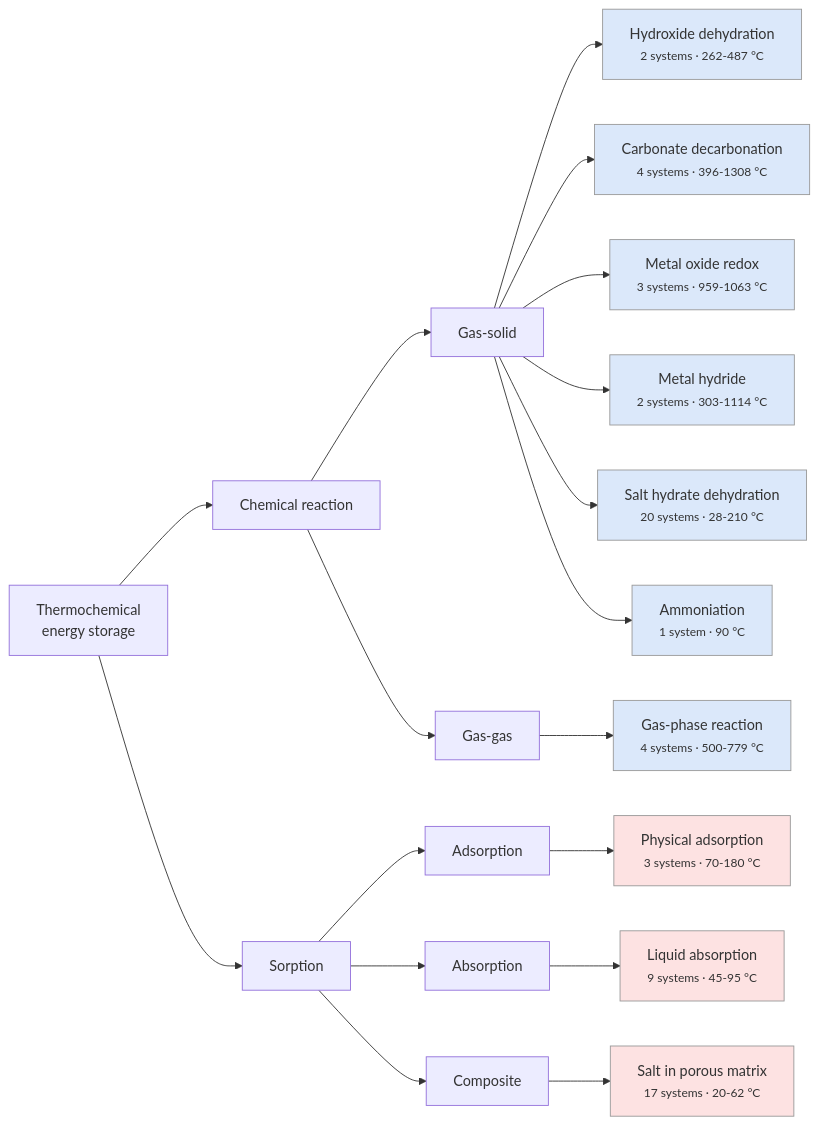
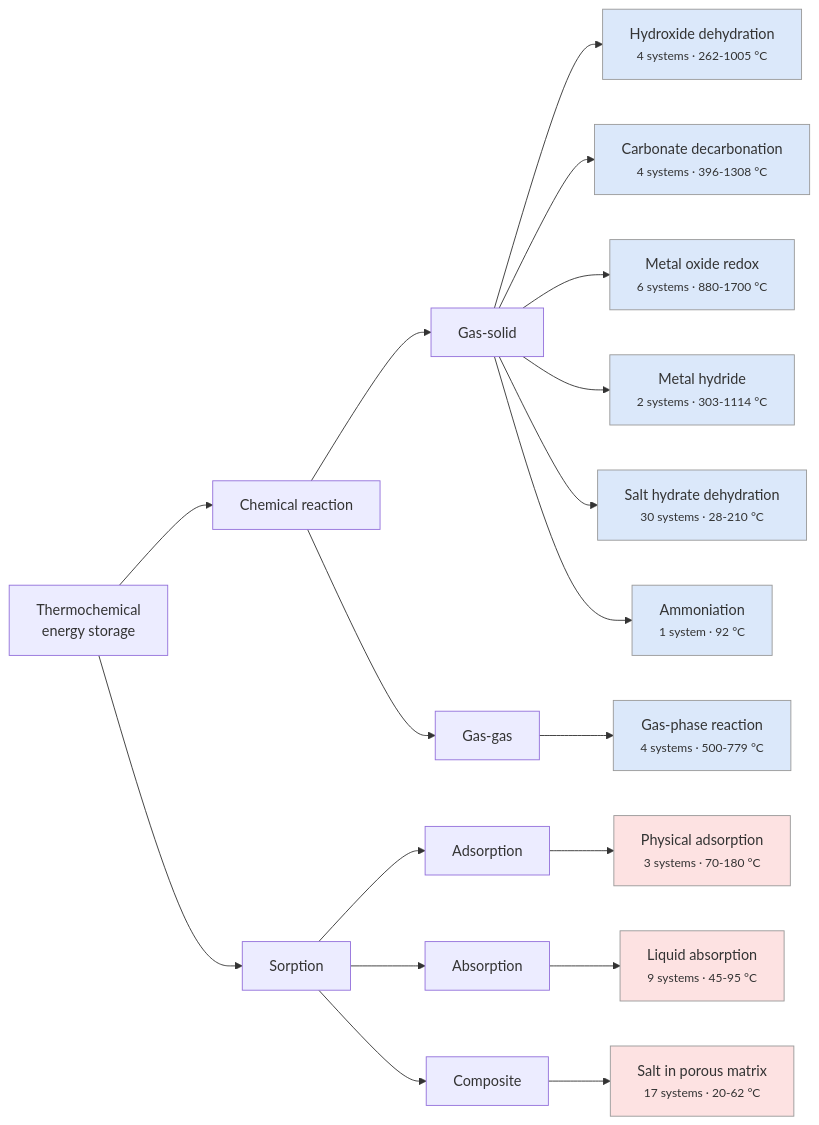
The diagram in figures/00_classification_tree.mmd (christophersathya-bit/thermochemical-energy-storage-database), drawn with Mermaid before and after one commit. The commit also changed 5 other files, not shown here.

```diff
--- a/figures/00_classification_tree.mmd
+++ b/figures/00_classification_tree.mmd
@@ -1,29 +1,29 @@
 flowchart LR
   TCES["Thermochemical<br/>energy storage"]
   TCES --> Chemical_reaction["Chemical reaction"]
   Chemical_reaction --> Chemical_reactionGas_solid["Gas-solid"]
-  Chemical_reactionGas_solid --> Hydroxide_dehydration["Hydroxide dehydration<br/><small>2 systems · 262-487 °C</small>"]
+  Chemical_reactionGas_solid --> Hydroxide_dehydration["Hydroxide dehydration<br/><small>4 systems · 262-1005 °C</small>"]
   style Hydroxide_dehydration fill:#dbe8fa,stroke:#999
   Chemical_reactionGas_solid --> Carbonate_decarbonation["Carbonate decarbonation<br/><small>4 systems · 396-1308 °C</small>"]
   style Carbonate_decarbonation fill:#dbe8fa,stroke:#999
-  Chemical_reactionGas_solid --> Metal_oxide_redox["Metal oxide redox<br/><small>3 systems · 959-1063 °C</small>"]
+  Chemical_reactionGas_solid --> Metal_oxide_redox["Metal oxide redox<br/><small>6 systems · 880-1700 °C</small>"]
   style Metal_oxide_redox fill:#dbe8fa,stroke:#999
   Chemical_reactionGas_solid --> Metal_hydride["Metal hydride<br/><small>2 systems · 303-1114 °C</small>"]
   style Metal_hydride fill:#dbe8fa,stroke:#999
-  Chemical_reactionGas_solid --> Salt_hydrate_dehydration["Salt hydrate dehydration<br/><small>20 systems · 28-210 °C</small>"]
+  Chemical_reactionGas_solid --> Salt_hydrate_dehydration["Salt hydrate dehydration<br/><small>30 systems · 28-210 °C</small>"]
   style Salt_hydrate_dehydration fill:#dbe8fa,stroke:#999
-  Chemical_reactionGas_solid --> Ammoniation["Ammoniation<br/><small>1 system · 90 °C</small>"]
+  Chemical_reactionGas_solid --> Ammoniation["Ammoniation<br/><small>1 system · 92 °C</small>"]
   style Ammoniation fill:#dbe8fa,stroke:#999
   Chemical_reaction --> Chemical_reactionGas_gas["Gas-gas"]
   Chemical_reactionGas_gas --> Gas_phase_reaction["Gas-phase reaction<br/><small>4 systems · 500-779 °C</small>"]
   style Gas_phase_reaction fill:#dbe8fa,stroke:#999
   TCES --> Sorption["Sorption"]
   Sorption --> SorptionAdsorption["Adsorption"]
   SorptionAdsorption --> Physical_adsorption["Physical adsorption<br/><small>3 systems · 70-180 °C</small>"]
   style Physical_adsorption fill:#fde2e2,stroke:#999
   Sorption --> SorptionAbsorption["Absorption"]
   SorptionAbsorption --> Liquid_absorption["Liquid absorption<br/><small>9 systems · 45-95 °C</small>"]
   style Liquid_absorption fill:#fde2e2,stroke:#999
   Sorption --> SorptionComposite["Composite"]
   SorptionComposite --> Salt_in_porous_matrix["Salt in porous matrix<br/><small>17 systems · 20-62 °C</small>"]
   style Salt_in_porous_matrix fill:#fde2e2,stroke:#999
```
